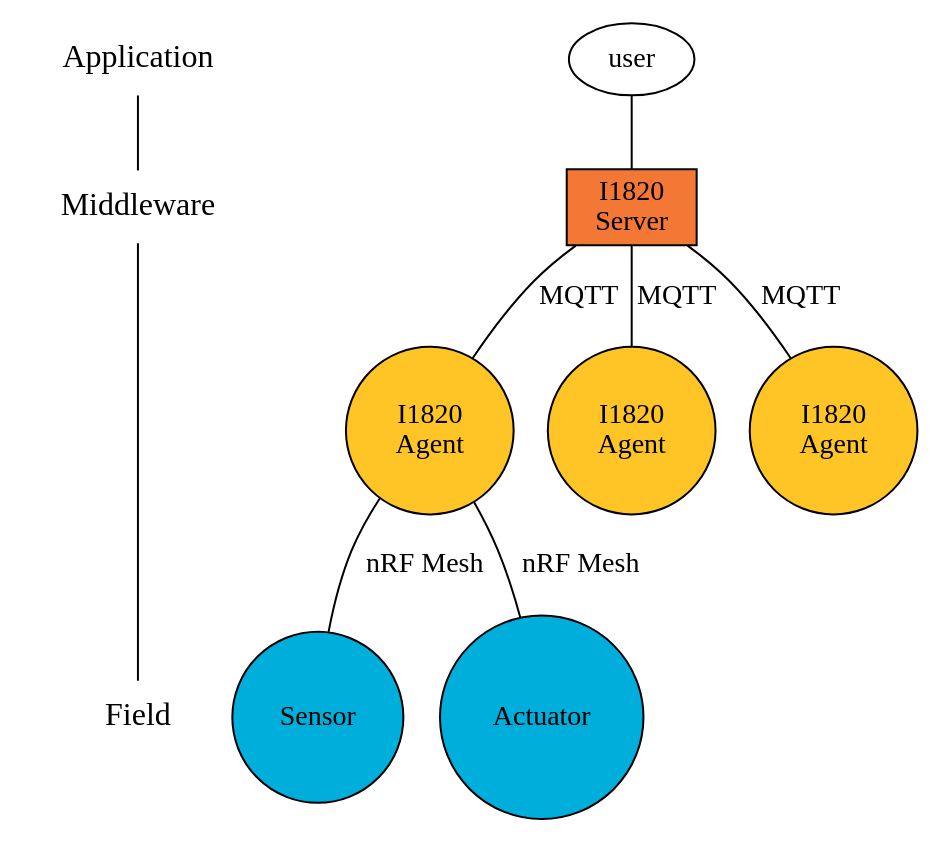
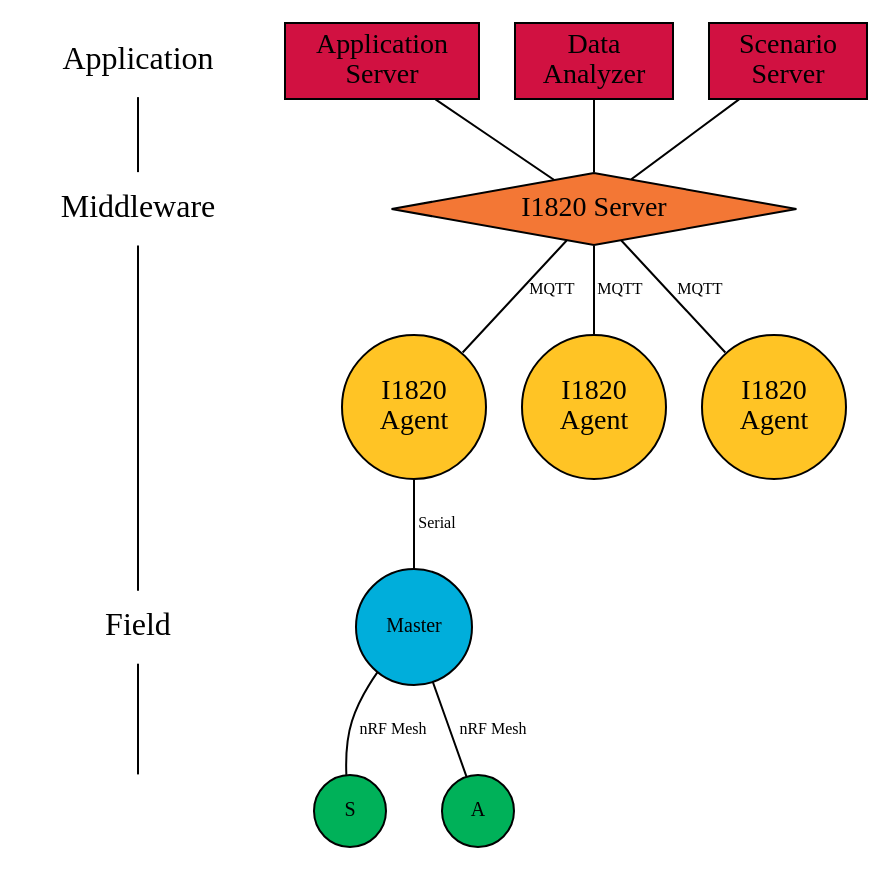
The diagram in documentation/architecture/architecture.dot (AoLab/AoLab.github.io), drawn with Graphviz before and after one commit.

Commit message:
Architecture was completed.

```diff
--- a/documentation/architecture/architecture.dot
+++ b/documentation/architecture/architecture.dot
@@ -1,41 +1,48 @@
 graph architecture {
 	{
 		node [shape=plaintext, fontsize=16];
-		/* the time-line graph */
-		"Application" -- "Middleware" -- "Field";
+		/* the layer-line graph */
+		"Application" -- "Middleware" -- "Field" -- "";
 	}
 
 	{
 		rank=same;
 		"Middleware"; i1820;
 	}
 
 	{
 		rank=same;
 		agent1; agent2; agent3;
 	}
 
 	{
 		rank=same
-		"Application"; user;
+		"Application"; aps; dan; scs;
 	}
 
 	{
 		rank=same;
-		"Field"; t11; t12;
+		"Field"; master;
 	}
 
-	user -- i1820;
-	i1820 -- agent1 [label="MQTT"];
-	i1820 -- agent2 [label="MQTT"];
-	i1820 -- agent3 [label="MQTT"];
-	agent1 -- t11 [label="nRF Mesh"];
-	agent1 -- t12 [label="nRF Mesh"];
+	aps -- i1820;
+	dan -- i1820;
+	scs -- i1820;
+	i1820 -- agent1 [label="MQTT", fontsize=8];
+	i1820 -- agent2 [label="MQTT", fontsize=8];
+	i1820 -- agent3 [label="MQTT", fontsize=8];
+	agent1 -- master [label="Serial", fontsize=8];
+	master -- t11 [label="nRF Mesh", fontsize=8];
+	master -- t12 [label="nRF Mesh", fontsize=8];
 
-	i1820 [shape=box, label="I1820\nServer", fillcolor="#f37735", style=filled];
-	agent1 [shape=circle, label="I1820\nAgent", fillcolor="#ffc425", style=filled];
-	agent2 [shape=circle, label="I1820\nAgent", fillcolor="#ffc425", style=filled];
-	agent3 [shape=circle, label="I1820\nAgent", fillcolor="#ffc425", style=filled];
-	t11 [shape=circle, label="Sensor", fillcolor="#00aedb", style=filled];
-	t12 [shape=circle, label="Actuator", fillcolor="#00aedb", style=filled];
+	aps [shape=box, label="Application\nServer", fillcolor="#d11141", style=filled];
+	dan [shape=box, label="Data\nAnalyzer", fillcolor="#d11141", style=filled];
+	scs [shape=box, label="Scenario\nServer", fillcolor="#d11141", style=filled];
+	i1820 [shape=diamond, label="I1820 Server", fillcolor="#f37735", style=filled, width=1.8];
+	agent1 [shape=circle, label="I1820\nAgent", fillcolor="#ffc425", style=filled, width=1];
+	agent2 [shape=circle, label="I1820\nAgent", fillcolor="#ffc425", style=filled, width=1];
+	agent3 [shape=circle, label="I1820\nAgent", fillcolor="#ffc425", style=filled, width=1];
+	master [shape=circle, label="Master", fillcolor="#00aedb", style=filled, fontsize=10, width=.8, fixedsize=true];
+	t11 [shape=circle, label="S", fillcolor="#00b159", style=filled, fontsize=10, width=.5, fixedsize=true];
+	t12 [shape=circle, label="A", fillcolor="#00b159", style=filled, fontsize=10, width=.5, fixedsize=true];
 }
```
